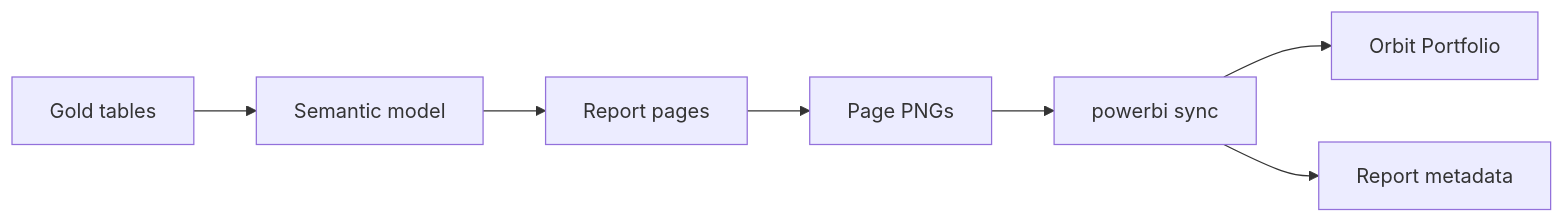
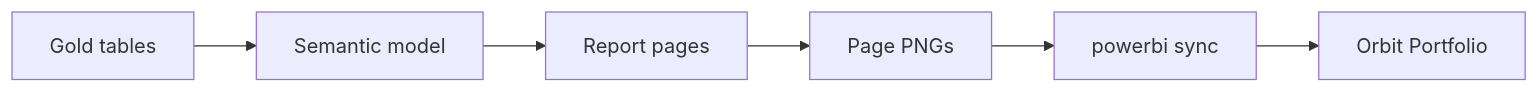
Before and after one commit to AlexTouvras/Orbit: the first of 2 diagrams in src/content/writes/power-bi-portfolio-nordic-boardroom.mdx, drawn with Mermaid. The commit also changed other lines of this file and 14 other files, not shown here.

````diff
--- a/src/content/writes/power-bi-portfolio-nordic-boardroom.mdx
+++ b/src/content/writes/power-bi-portfolio-nordic-boardroom.mdx
@@ -27,9 +26,8 @@
 ```mermaid
 flowchart LR
   Gold[Gold tables] --> Model[Semantic model]
   Model --> Pages[Report pages]
   Pages --> Shots[Page PNGs]
   Shots --> Sync[powerbi sync]
   Sync --> Orbit[Orbit Portfolio]
-  Sync --> Meta[Report metadata]
 ```
````
